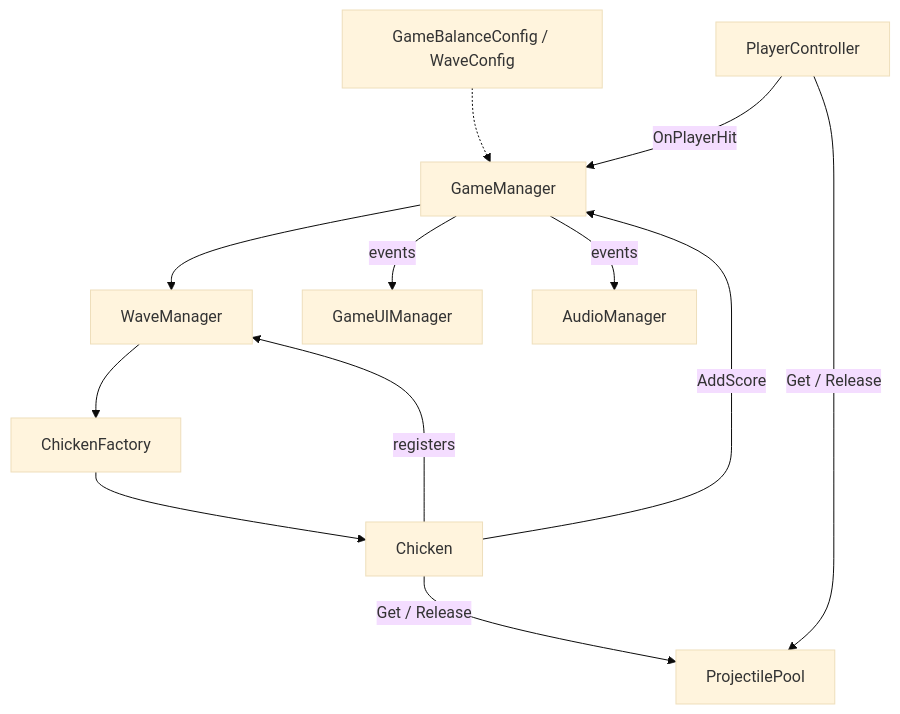
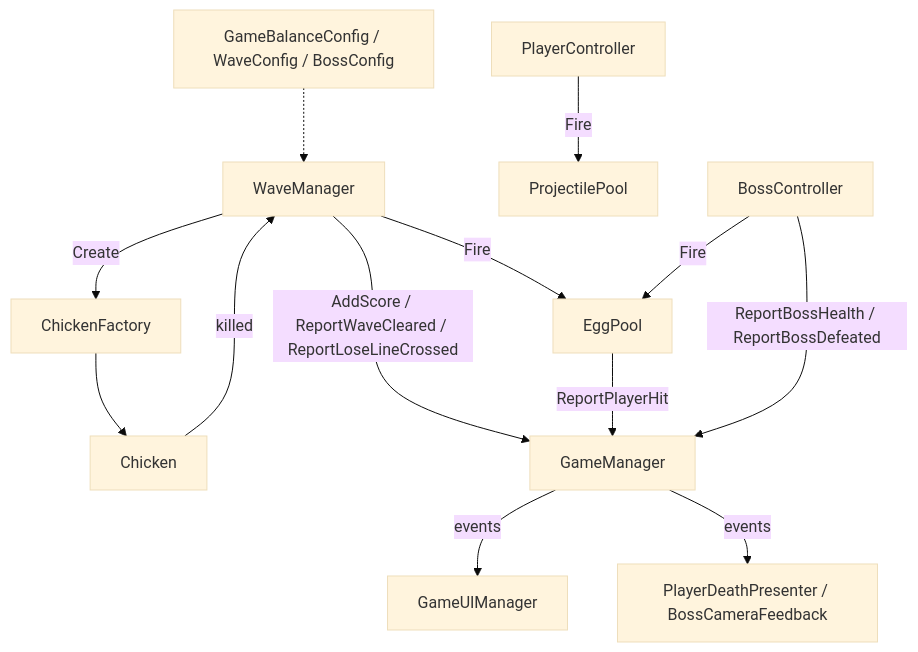
The second of 2 diagrams in Docs/GDD.md (elash131/Chicken-Invaders), drawn with Mermaid (base theme) before and after one commit. The commit also changed other lines of this file and 2 other files, not shown here.

````diff
--- a/Docs/GDD.md
+++ b/Docs/GDD.md
@@ -189,14 +198,15 @@
 ```mermaid
 flowchart TD
-    Config[GameBalanceConfig / WaveConfig] -.-> GameManager
-    GameManager --> WaveManager
-    WaveManager --> ChickenFactory
+    Config[GameBalanceConfig / WaveConfig / BossConfig] -.-> WaveManager
+    WaveManager -->|Create| ChickenFactory
     ChickenFactory --> Chicken
-    Chicken -->|registers| WaveManager
-    Chicken -->|AddScore| GameManager
-    Player[PlayerController] -->|OnPlayerHit| GameManager
-    Player -->|Get / Release| Pool[ProjectilePool]
-    Chicken -->|Get / Release| Pool
+    Chicken -->|killed| WaveManager
+    WaveManager -->|AddScore / ReportWaveCleared / ReportLoseLineCrossed| GameManager
+    Player[PlayerController] -->|Fire| Bullets[ProjectilePool]
+    WaveManager -->|Fire| Eggs[EggPool]
+    Boss[BossController] -->|Fire| Eggs
+    Eggs -->|ReportPlayerHit| GameManager
+    Boss -->|ReportBossHealth / ReportBossDefeated| GameManager
     GameManager -->|events| UI[GameUIManager]
-    GameManager -->|events| Audio[AudioManager]
+    GameManager -->|events| Presenters[PlayerDeathPresenter / BossCameraFeedback]
 ```
````
